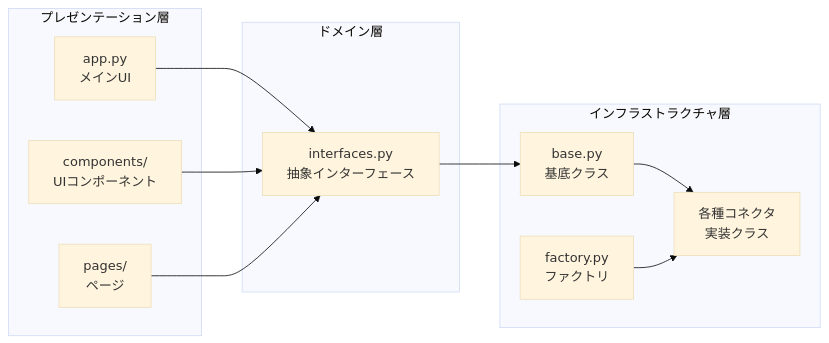
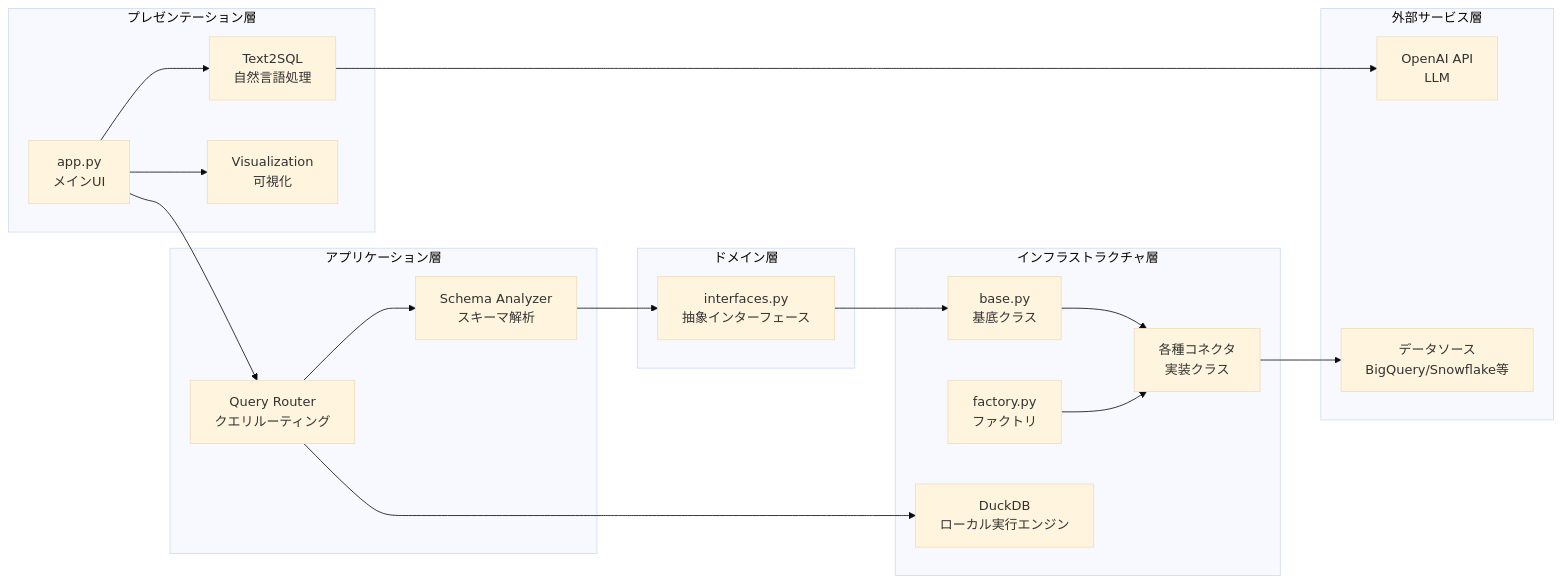
The second of 3 diagrams in architecture/system_architecture.md (RyutoYoda/simple_text2sql_v02), drawn with Mermaid (base theme) before and after one commit. The commit also changed other lines of this file and 1 other file, not shown here.

First line of the commit message:
アーキテクチャ図を修正: Text2SQLフローを正確に表現

````diff
--- a/architecture/system_architecture.md
+++ b/architecture/system_architecture.md
@@ -55,25 +58,41 @@
 ```mermaid
 graph LR
     subgraph "プレゼンテーション層"
         A[app.py<br/>メインUI]
-        B[components/<br/>UIコンポーネント]
-        C[pages/<br/>ページ]
+        B[Text2SQL<br/>自然言語処理]
+        C[Visualization<br/>可視化]
+    end
+
+    subgraph "アプリケーション層"
+        D[Query Router<br/>クエリルーティング]
+        E[Schema Analyzer<br/>スキーマ解析]
     end
 
     subgraph "ドメイン層"
-        D[interfaces.py<br/>抽象インターフェース]
+        F[interfaces.py<br/>抽象インターフェース]
     end
 
     subgraph "インフラストラクチャ層"
-        E[base.py<br/>基底クラス]
-        F[factory.py<br/>ファクトリ]
-        G[各種コネクタ<br/>実装クラス]
+        G[base.py<br/>基底クラス]
+        H[factory.py<br/>ファクトリ]
+        I[各種コネクタ<br/>実装クラス]
+        J[DuckDB<br/>ローカル実行エンジン]
     end
 
+    subgraph "外部サービス層"
+        K[OpenAI API<br/>LLM]
+        L[データソース<br/>BigQuery/Snowflake等]
+    end
+
+    A --> B
+    B --> K
     A --> D
-    B --> D
-    C --> D
     D --> E
-    E --> G
+    E --> F
+    D --> J
     F --> G
+    G --> I
+    H --> I
+    I --> L
+    A --> C
 ```
````
